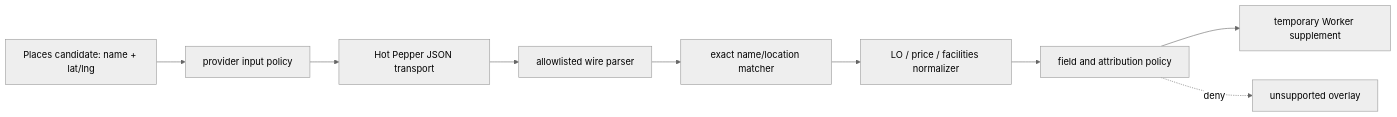
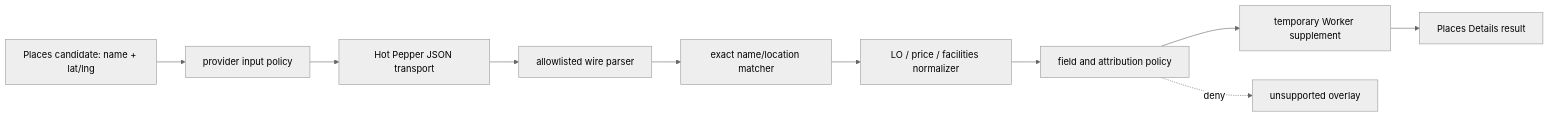
One commit to takapom/ima-app changed the diagram in docs/design/m32-hot-pepper.md. Above: the diagram before and after it, drawn with Mermaid (neutral theme). The commit also changed other lines of this file and 11 other files, not shown here.

````diff
--- a/docs/design/m32-hot-pepper.md
+++ b/docs/design/m32-hot-pepper.md
@@ -5,11 +5,12 @@
 ```mermaid
 flowchart LR
   C[Places candidate: name + lat/lng] --> I[provider input policy]
   I --> T[Hot Pepper JSON transport]
   T --> W[allowlisted wire parser]
   W --> M[exact name/location matcher]
   M --> N[LO / price / facilities normalizer]
   N --> P[field and attribution policy]
   P --> O[temporary Worker supplement]
   P -. deny .-> U[unsupported overlay]
+  O --> D[Places Details result]
 ```
````
